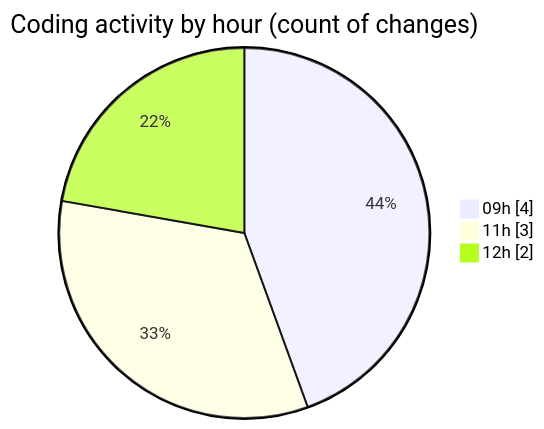
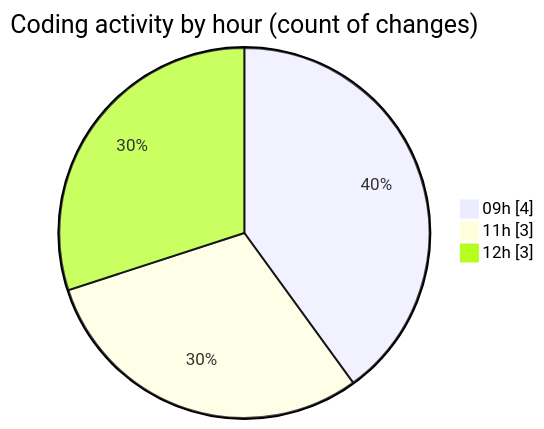
The second of 2 diagrams in 2026-10-05/cda/README.md (momahboobian/code-tracking), drawn with Mermaid before and after one commit. The commit also changed other lines of this file and 1 other file, not shown here.

````diff
--- a/2026-10-05/cda/README.md
+++ b/2026-10-05/cda/README.md
@@ -34,7 +34,7 @@
 ```mermaid
 pie showData
 title Coding activity by hour (count of changes)
 "09h" : 4
 "11h" : 3
-"12h" : 2
+"12h" : 3
 ```
````
